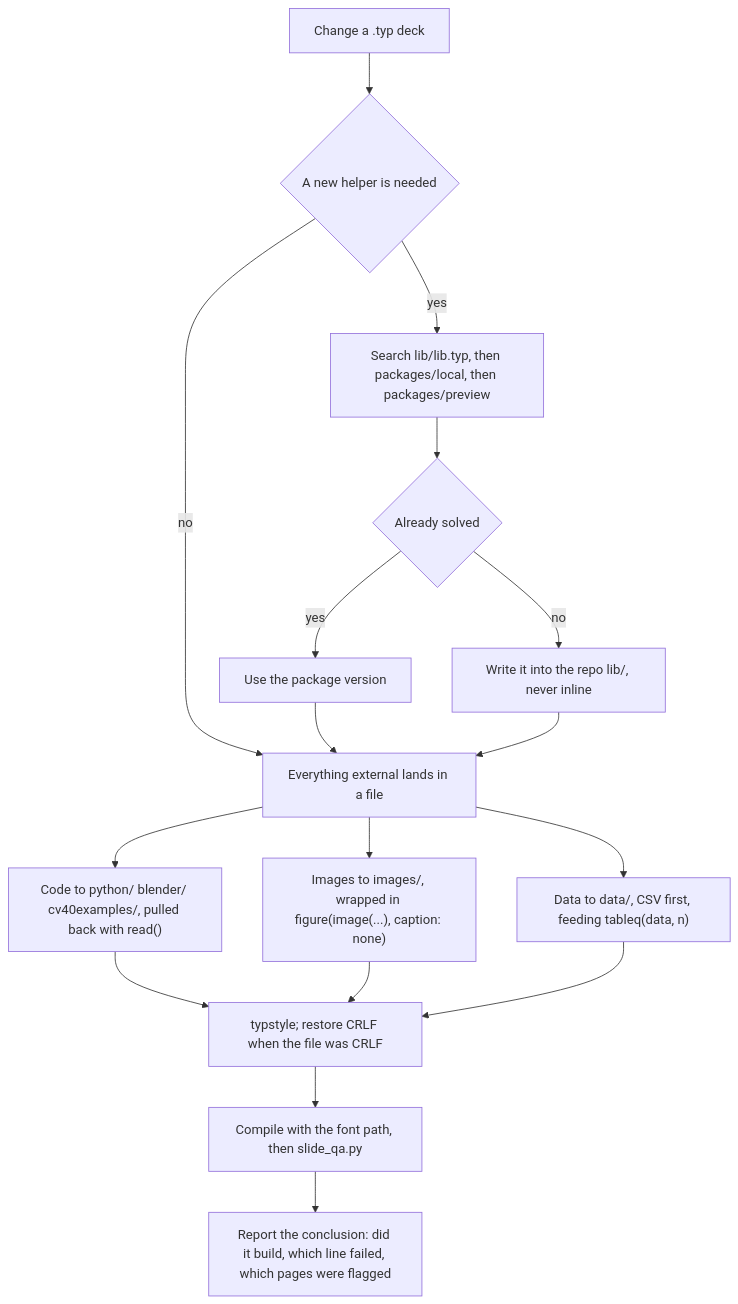
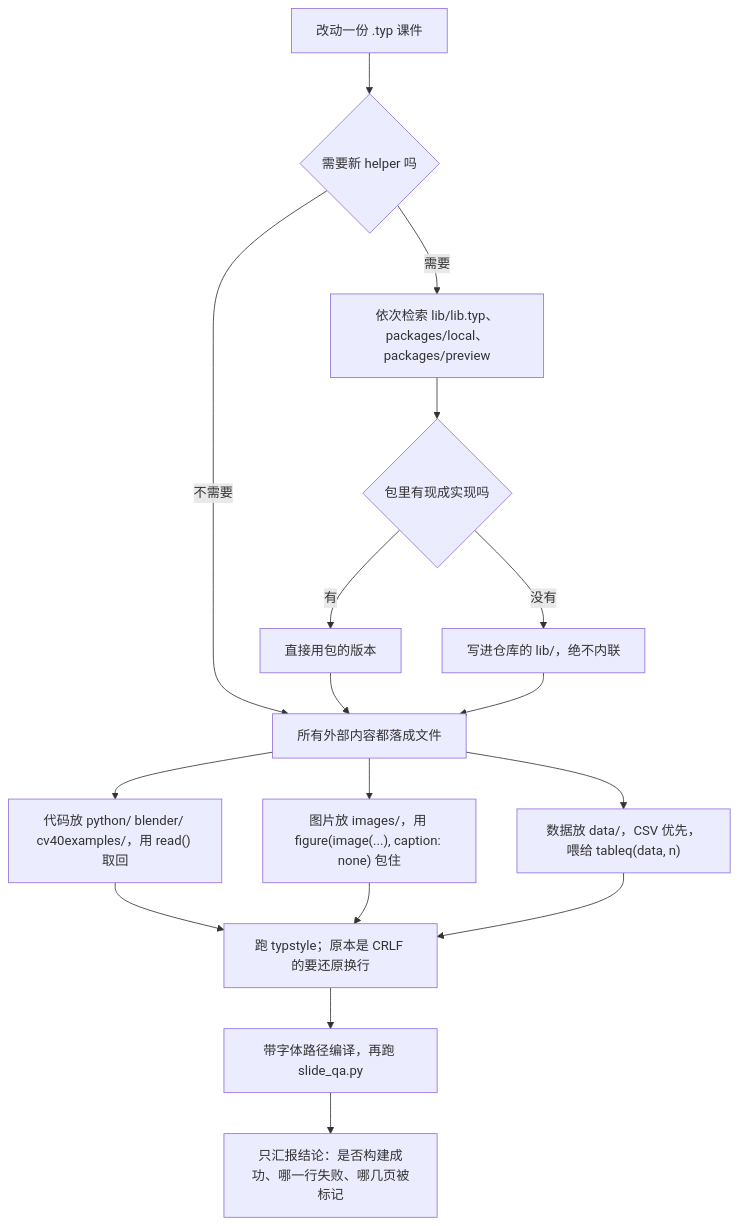
One commit to HHSTU-IST/skills changed the fourth of 10 diagrams in README.md. Above: the diagram before and after it, drawn with Mermaid. The commit also changed other lines of this file and 2 other files, not shown here.

````diff
--- a/README.md
+++ b/README.md
@@ -370,19 +370,19 @@
 ```mermaid
 flowchart TD
-    A["Change a .typ deck"] --> B{"A new helper is needed"}
-    B -->|yes| C["Search lib/lib.typ, then packages/local, then packages/preview"]
-    C --> D{"Already solved"}
-    D -->|yes| E["Use the package version"]
-    D -->|no| F["Write it into the repo lib/, never inline"]
-    B -->|no| G
-    E --> G["Everything external lands in a file"]
+    A["改动一份 .typ 课件"] --> B{"需要新 helper 吗"}
+    B -->|需要| C["依次检索 lib/lib.typ、packages/local、packages/preview"]
+    C --> D{"包里有现成实现吗"}
+    D -->|有| E["直接用包的版本"]
+    D -->|没有| F["写进仓库的 lib/，绝不内联"]
+    B -->|不需要| G
+    E --> G["所有外部内容都落成文件"]
     F --> G
-    G --> H["Code to python/ blender/ cv40examples/, pulled back with read()"]
-    G --> I["Images to images/, wrapped in figure(image(...), caption: none)"]
-    G --> J["Data to data/, CSV first, feeding tableq(data, n)"]
-    H --> K["typstyle; restore CRLF when the file was CRLF"]
+    G --> H["代码放 python/ blender/ cv40examples/，用 read() 取回"]
+    G --> I["图片放 images/，用 figure(image(...), caption: none) 包住"]
+    G --> J["数据放 data/，CSV 优先，喂给 tableq(data, n)"]
+    H --> K["跑 typstyle；原本是 CRLF 的要还原换行"]
     I --> K
     J --> K
-    K --> L["Compile with the font path, then slide_qa.py"]
-    L --> M["Report the conclusion: did it build, which line failed, which pages were flagged"]
+    K --> L["带字体路径编译，再跑 slide_qa.py"]
+    L --> M["只汇报结论：是否构建成功、哪一行失败、哪几页被标记"]
 ```
````
